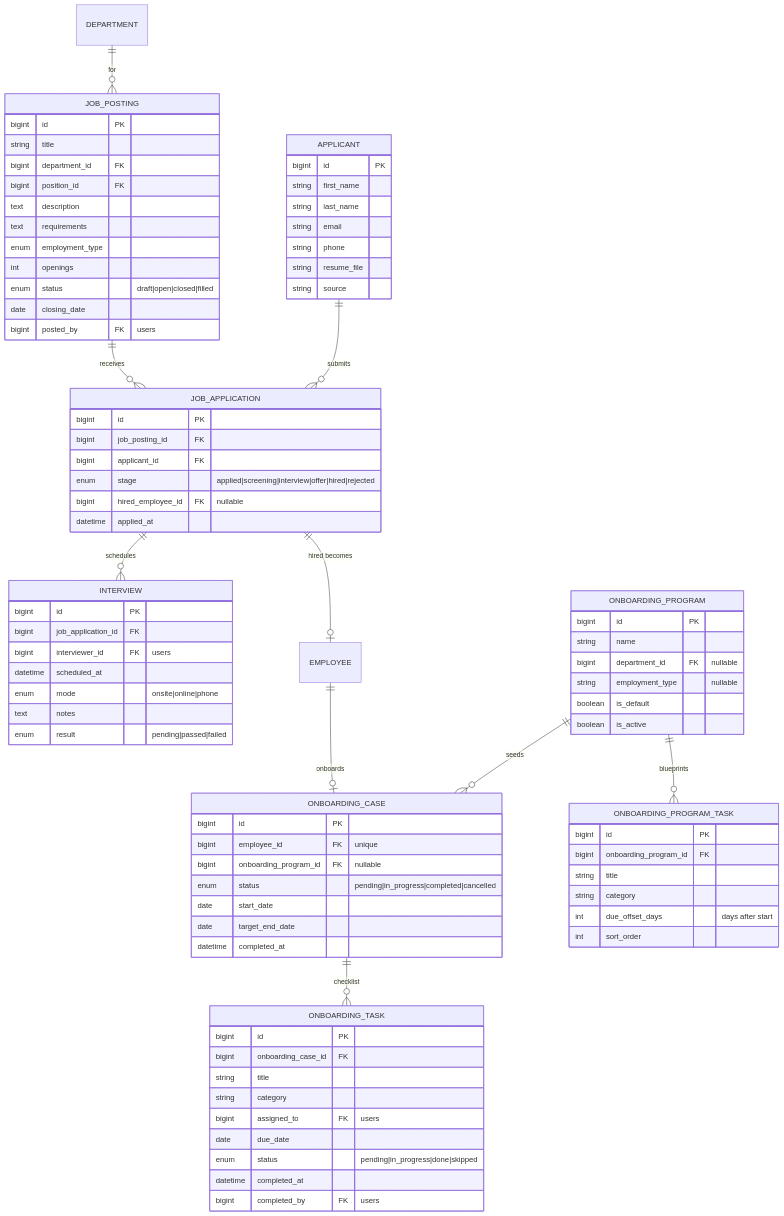
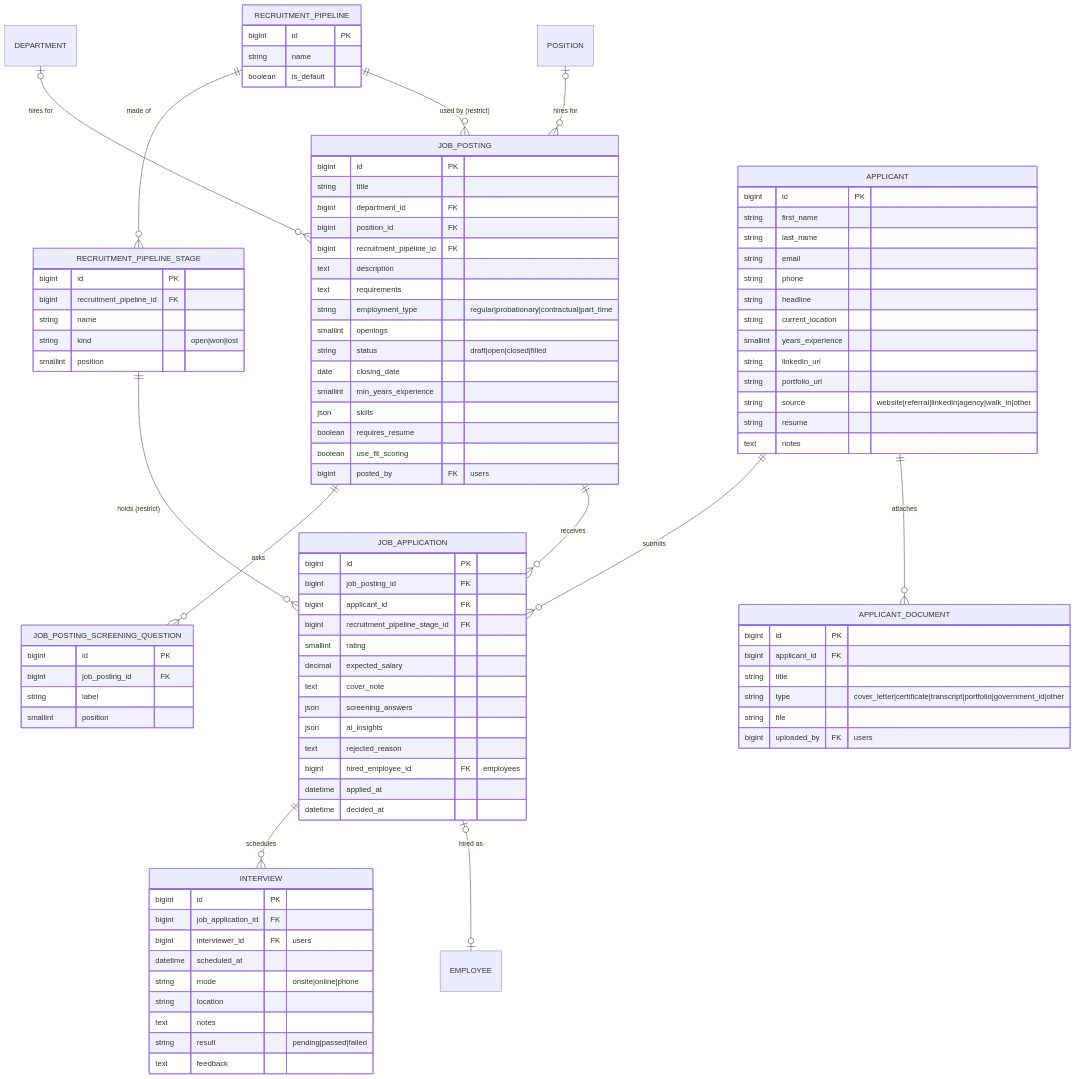
The fifth of 12 diagrams in docs/database/erd.md (earlkian8/synapse), drawn with Mermaid before and after one commit. The commit also changed other lines of this file and 17 other files, not shown here.

````diff
--- a/docs/database/erd.md
+++ b/docs/database/erd.md
@@ -367,27 +586,52 @@
 ```mermaid
 erDiagram
+    RECRUITMENT_PIPELINE ||--o{ RECRUITMENT_PIPELINE_STAGE : "made of"
+    RECRUITMENT_PIPELINE ||--o{ JOB_POSTING : "used by (restrict)"
+    DEPARTMENT |o--o{ JOB_POSTING : "hires for"
+    POSITION |o--o{ JOB_POSTING : "hires for"
+    JOB_POSTING ||--o{ JOB_POSTING_SCREENING_QUESTION : asks
     JOB_POSTING ||--o{ JOB_APPLICATION : receives
     APPLICANT ||--o{ JOB_APPLICATION : submits
+    APPLICANT ||--o{ APPLICANT_DOCUMENT : attaches
+    RECRUITMENT_PIPELINE_STAGE ||--o{ JOB_APPLICATION : "holds (restrict)"
     JOB_APPLICATION ||--o{ INTERVIEW : schedules
-    JOB_APPLICATION ||--o| EMPLOYEE : "hired becomes"
-    DEPARTMENT ||--o{ JOB_POSTING : for
-    EMPLOYEE ||--o| ONBOARDING_CASE : onboards
-    ONBOARDING_PROGRAM ||--o{ ONBOARDING_PROGRAM_TASK : blueprints
-    ONBOARDING_PROGRAM ||--o{ ONBOARDING_CASE : seeds
-    ONBOARDING_CASE ||--o{ ONBOARDING_TASK : checklist
+    JOB_APPLICATION |o--o| EMPLOYEE : "hired as"
 
+    RECRUITMENT_PIPELINE {
+        bigint id PK
+        string name
+        boolean is_default
+    }
+    RECRUITMENT_PIPELINE_STAGE {
+        bigint id PK
+        bigint recruitment_pipeline_id FK
+        string name
+        string kind "open|won|lost"
+        smallint position
+    }
     JOB_POSTING {
         bigint id PK
         string title
         bigint department_id FK
         bigint position_id FK
+        bigint recruitment_pipeline_id FK
         text description
         text requirements
-        enum employment_type
-        int openings
-        enum status "draft|open|closed|filled"
+        string employment_type "regular|probationary|contractual|part_time"
+        smallint openings
+        string status "draft|open|closed|filled"
         date closing_date
+        smallint min_years_experience
+        json skills
+        boolean requires_resume
+        boolean use_fit_scoring
         bigint posted_by FK "users"
+    }
+    JOB_POSTING_SCREENING_QUESTION {
+        bigint id PK
+        bigint job_posting_id FK
+        string label
+        smallint position
     }
     APPLICANT {
         bigint id PK
@@ -395,60 +639,47 @@
         string last_name
         string email
         string phone
-        string resume_file
-        string source
+        string headline
+        string current_location
+        smallint years_experience
+        string linkedin_url
+        string portfolio_url
+        string source "website|referral|linkedin|agency|walk_in|other"
+        string resume
+        text notes
+    }
+    APPLICANT_DOCUMENT {
+        bigint id PK
+        bigint applicant_id FK
+        string title
+        string type "cover_letter|certificate|transcript|portfolio|government_id|other"
+        string file
+        bigint uploaded_by FK "users"
     }
     JOB_APPLICATION {
         bigint id PK
         bigint job_posting_id FK
         bigint applicant_id FK
-        enum stage "applied|screening|interview|offer|hired|rejected"
-        bigint hired_employee_id FK "nullable"
+        bigint recruitment_pipeline_stage_id FK
+        smallint rating
+        decimal expected_salary
+        text cover_note
+        json screening_answers
+        json ai_insights
+        text rejected_reason
+        bigint hired_employee_id FK "employees"
         datetime applied_at
+        datetime decided_at
     }
     INTERVIEW {
         bigint id PK
         bigint job_application_id FK
         bigint interviewer_id FK "users"
         datetime scheduled_at
-        enum mode "onsite|online|phone"
+        string mode "onsite|online|phone"
+        string location
         text notes
-        enum result "pending|passed|failed"
-    }
-    ONBOARDING_PROGRAM {
-        bigint id PK
-        string name
-        bigint department_id FK "nullable"
-        string employment_type "nullable"
-        boolean is_default
-        boolean is_active
-    }
-    ONBOARDING_PROGRAM_TASK {
-        bigint id PK
-        bigint onboarding_program_id FK
-        string title
-        string category
-        int due_offset_days "days after start"
-        int sort_order
-    }
-    ONBOARDING_CASE {
-        bigint id PK
-        bigint employee_id FK "unique"
-        bigint onboarding_program_id FK "nullable"
-        enum status "pending|in_progress|completed|cancelled"
-        date start_date
-        date target_end_date
-        datetime completed_at
-    }
-    ONBOARDING_TASK {
-        bigint id PK
-        bigint onboarding_case_id FK
-        string title
-        string category
-        bigint assigned_to FK "users"
-        date due_date
-        enum status "pending|in_progress|done|skipped"
-        datetime completed_at
-        bigint completed_by FK "users"
+        string result "pending|passed|failed"
+        text feedback
     }
 ```
````
